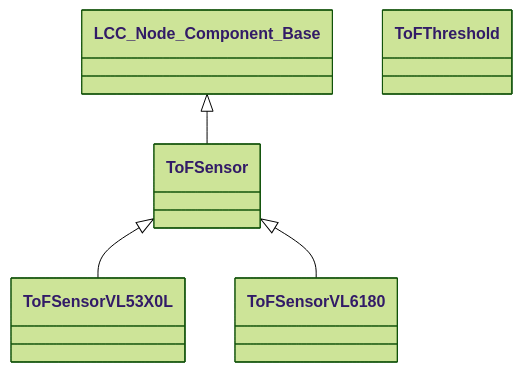
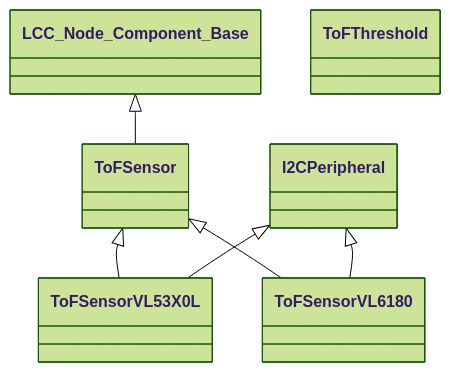
One commit to JohnCallingham/LCC_TOF_SENSOR changed the diagram in README.md. Above: the diagram before and after it, drawn with Mermaid (forest theme). The commit also changed other lines of this file, not shown here.

Commit message:
Update README.md to include I2C_PERIPHERAL dependency and class diagram adjustments

````diff
--- a/README.md
+++ b/README.md
@@ -31,9 +32,11 @@
 ```mermaid
 classDiagram
   LCC_Node_Component_Base <|-- ToFSensor
   ToFSensor <|-- ToFSensorVL53X0L
   ToFSensor <|-- ToFSensorVL6180
+  I2CPeripheral <|-- ToFSensorVL53X0L
+  I2CPeripheral <|-- ToFSensorVL6180
   class ToFThreshold {
 
   }
 ```
````
